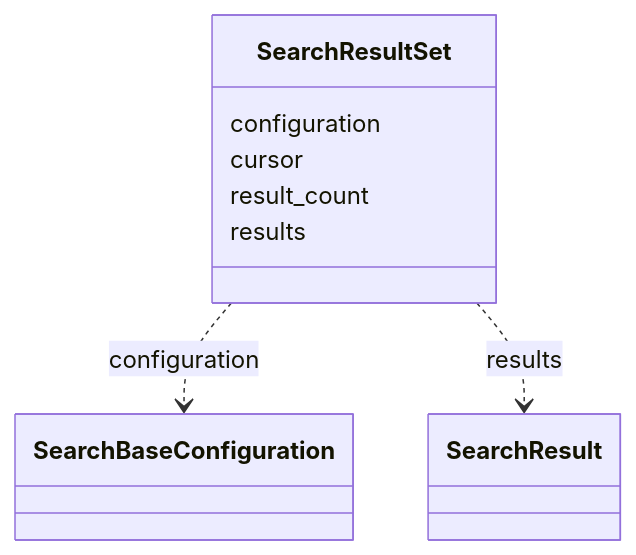
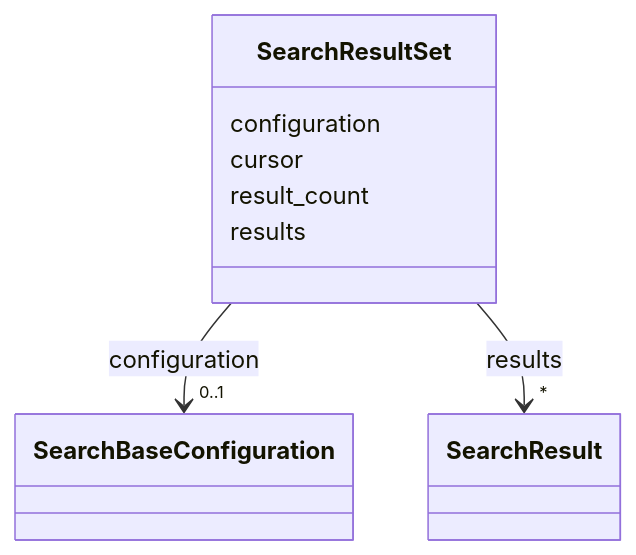
The diagram in docs/datamodels/search/SearchResultSet.md (INCATools/ontology-access-kit), drawn with Mermaid before and after one commit. The commit also changed other lines of this file and 539 other files, not shown here.

````diff
--- a/docs/datamodels/search/SearchResultSet.md
+++ b/docs/datamodels/search/SearchResultSet.md
@@ -9,17 +14,28 @@
 ```{mermaid}
  classDiagram
     class SearchResultSet
+    click SearchResultSet href "../SearchResultSet"
       SearchResultSet : configuration
         
-          SearchResultSet ..> SearchBaseConfiguration : configuration
+          
+    
+    
+    SearchResultSet --> "0..1" SearchBaseConfiguration : configuration
+    click SearchBaseConfiguration href "../SearchBaseConfiguration"
+
         
       SearchResultSet : cursor
         
       SearchResultSet : result_count
         
       SearchResultSet : results
         
-          SearchResultSet ..> SearchResult : results
+          
+    
+    
+    SearchResultSet --> "*" SearchResult : results
+    click SearchResult href "../SearchResult"
+
         
       
 ```
````
